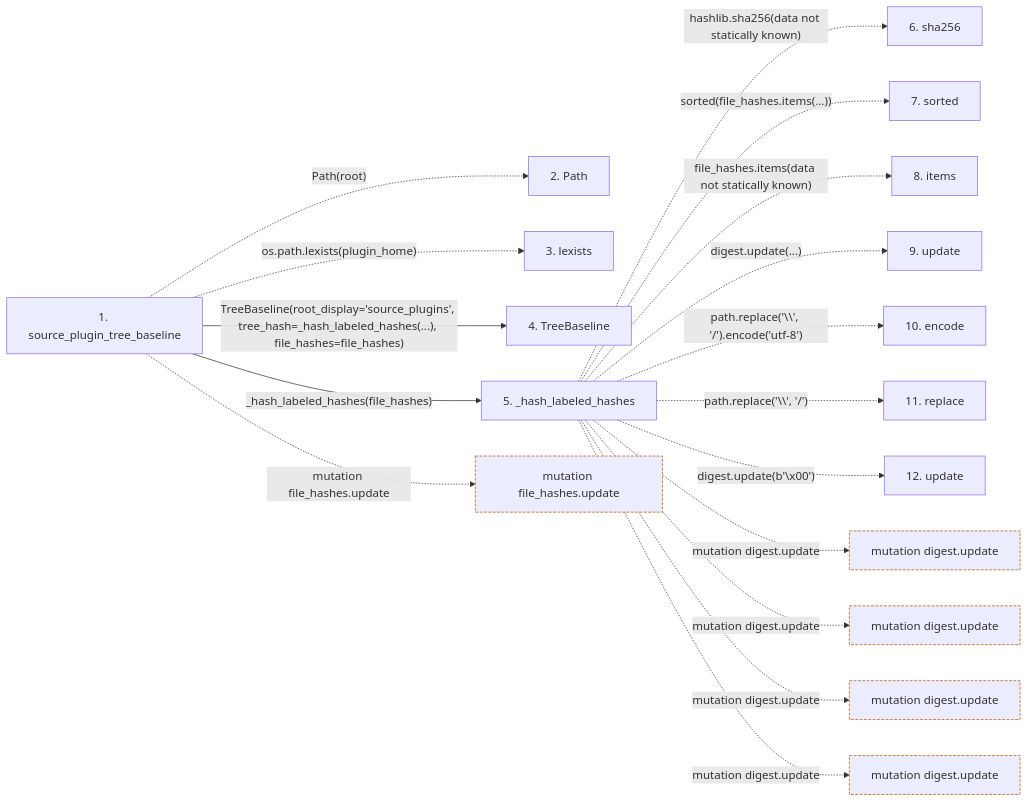
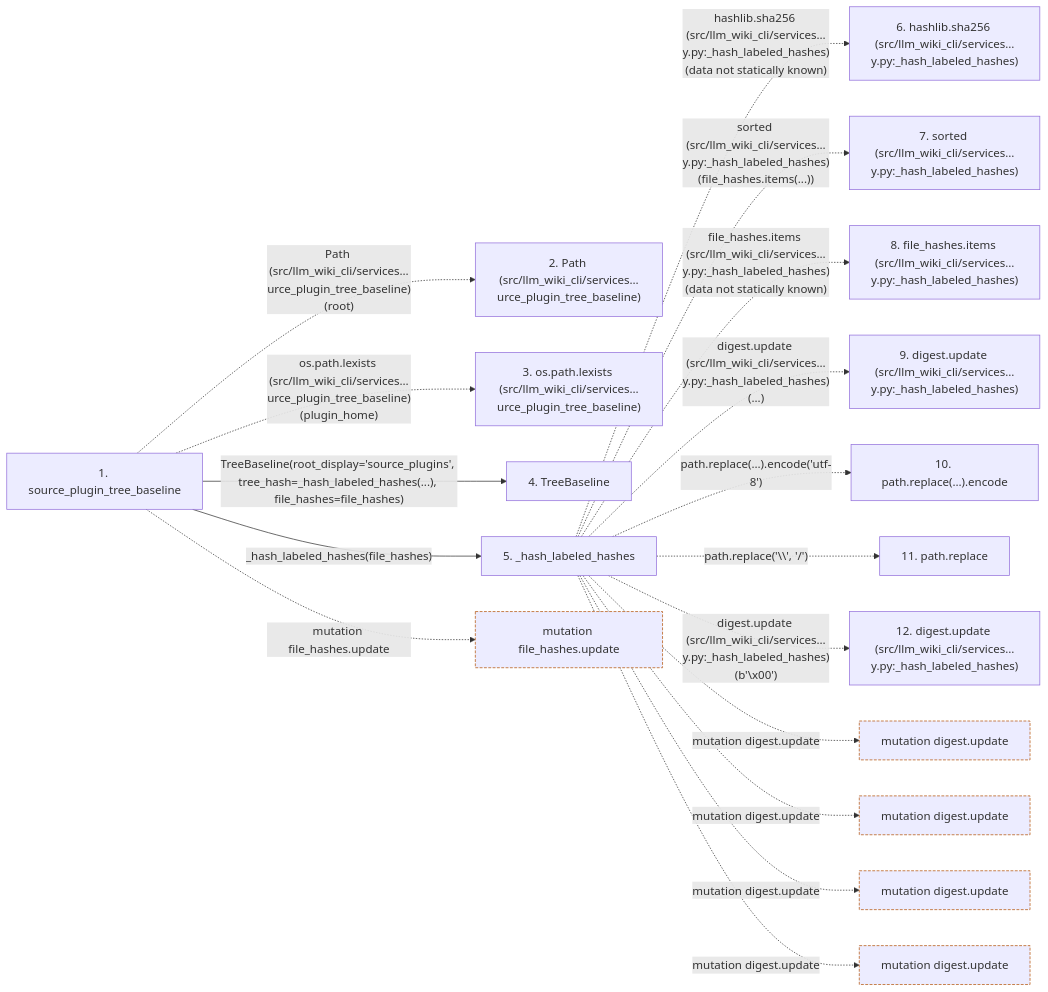
One commit to Denissvgn/python-wiki-llm changed the second of 2 diagrams in docs/llm_wiki/flows/api-source_plugin_tree_baseline.md. Above: the diagram before and after it, drawn with Mermaid. The commit also changed other lines of this file and 719 other files, not shown here.

````diff
--- a/docs/llm_wiki/flows/api-source_plugin_tree_baseline.md
+++ b/docs/llm_wiki/flows/api-source_plugin_tree_baseline.md
@@ -73,45 +74,45 @@
 ```mermaid
 flowchart LR
     s1["1. source_plugin_tree_baseline"]
-    s2["2. Path"]
-    s3["3. lexists"]
+    s2["2. Path (src/llm_wiki_cli/services…urce_plugin_tree_baseline)"]
+    s3["3. os.path.lexists (src/llm_wiki_cli/services…urce_plugin_tree_baseline)"]
     s4["4. TreeBaseline"]
     s5["5. _hash_labeled_hashes"]
-    s6["6. sha256"]
-    s7["7. sorted"]
-    s8["8. items"]
-    s9["9. update"]
-    s10["10. encode"]
-    s11["11. replace"]
-    s12["12. update"]
-    s1 -. "Path(root)" .-> s2
-    s1 -. "os.path.lexists(plugin_home)" .-> s3
+    s6["6. hashlib.sha256 (src/llm_wiki_cli/services…y.py:_hash_labeled_hashes)"]
+    s7["7. sorted (src/llm_wiki_cli/services…y.py:_hash_labeled_hashes)"]
+    s8["8. file_hashes.items (src/llm_wiki_cli/services…y.py:_hash_labeled_hashes)"]
+    s9["9. digest.update (src/llm_wiki_cli/services…y.py:_hash_labeled_hashes)"]
+    s10["10. path.replace(…).encode"]
+    s11["11. path.replace"]
+    s12["12. digest.update (src/llm_wiki_cli/services…y.py:_hash_labeled_hashes)"]
+    s1 -. "Path (src/llm_wiki_cli/services…urce_plugin_tree_baseline)(root)" .-> s2
+    s1 -. "os.path.lexists (src/llm_wiki_cli/services…urce_plugin_tree_baseline)(plugin_home)" .-> s3
     s1 -->|"TreeBaseline(root_display='source_plugins', tree_hash=_hash_labeled_hashes(...), file_hashes=file_hashes)"| s4
     s1 -->|"_hash_labeled_hashes(file_hashes)"| s5
-    s5 -. "hashlib.sha256(data not statically known)" .-> s6
-    s5 -. "sorted(file_hashes.items(...))" .-> s7
-    s5 -. "file_hashes.items(data not statically known)" .-> s8
-    s5 -. "digest.update(...)" .-> s9
-    s5 -. "path.replace('\\', '/').encode('utf-8')" .-> s10
+    s5 -. "hashlib.sha256 (src/llm_wiki_cli/services…y.py:_hash_labeled_hashes)(data not statically known)" .-> s6
+    s5 -. "sorted (src/llm_wiki_cli/services…y.py:_hash_labeled_hashes)(file_hashes.items(...))" .-> s7
+    s5 -. "file_hashes.items (src/llm_wiki_cli/services…y.py:_hash_labeled_hashes)(data not statically known)" .-> s8
+    s5 -. "digest.update (src/llm_wiki_cli/services…y.py:_hash_labeled_hashes)(...)" .-> s9
+    s5 -. "path.replace(…).encode('utf-8')" .-> s10
     s5 -. "path.replace('\\', '/')" .-> s11
-    s5 -. "digest.update(b'\x00')" .-> s12
+    s5 -. "digest.update (src/llm_wiki_cli/services…y.py:_hash_labeled_hashes)(b'\x00')" .-> s12
     b0["mutation file_hashes.update"]
     s1 -. "mutation file_hashes.update" .-> b0
     b1["mutation digest.update"]
     s5 -. "mutation digest.update" .-> b1
     b2["mutation digest.update"]
     s5 -. "mutation digest.update" .-> b2
     b3["mutation digest.update"]
     s5 -. "mutation digest.update" .-> b3
     b4["mutation digest.update"]
     s5 -. "mutation digest.update" .-> b4
     click s1 "../modules/documentation_policy.md"
     click s4 "../modules/documentation_policy.md"
     click s5 "../modules/documentation_policy.md"
     classDef boundary stroke:#b45309,stroke-dasharray: 4 2
     class b0 boundary
     class b1 boundary
     class b2 boundary
     class b3 boundary
     class b4 boundary
 ```
````
